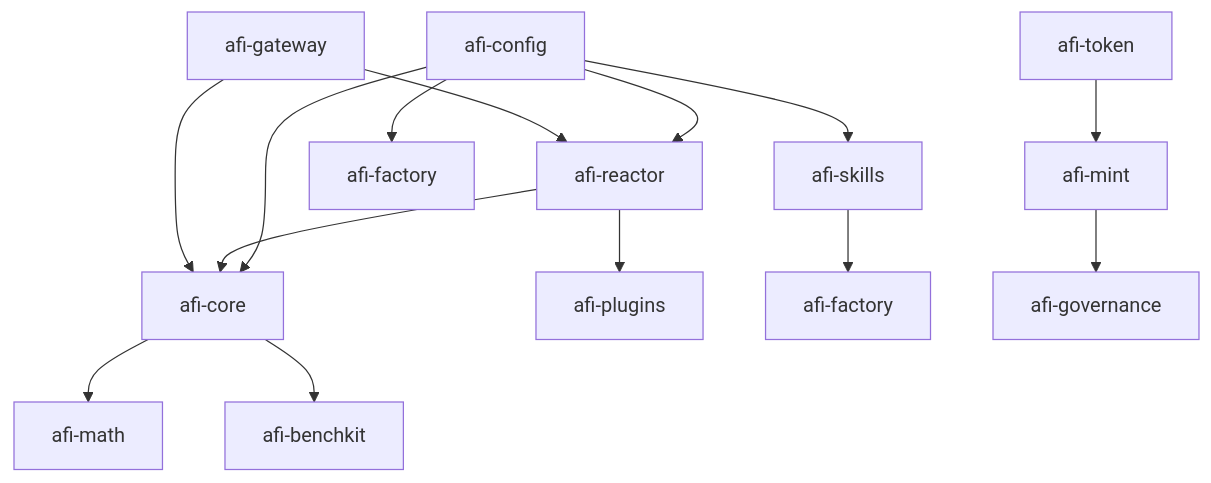
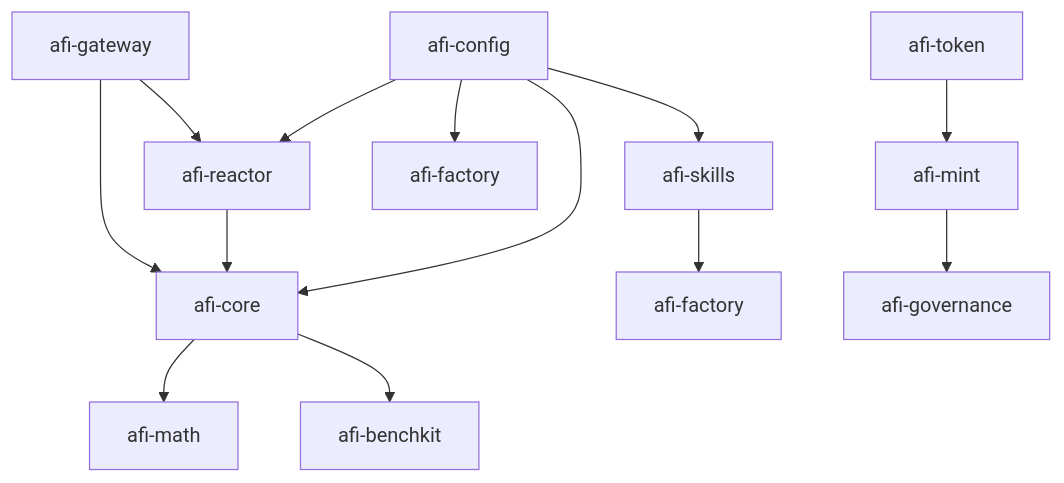
Before and after one commit to AFI-Protocol/afi-docs: the first of 2 diagrams in agentic_legos_architecture_analysis.md, drawn with Mermaid. The commit also changed other lines of this file and 6 other files, not shown here.

First line of the commit message:
chore: remove afi-assets and afi-plugins references

````diff
--- a/agentic_legos_architecture_analysis.md
+++ b/agentic_legos_architecture_analysis.md
@@ -13,21 +13,20 @@
 ```mermaid
 graph TD
     A[afi-config] --> B[afi-core]
     A --> C[afi-reactor]
     A --> D[afi-skills]
     A --> E[afi-factory]
 
     B --> F[afi-math]
     B --> G[afi-benchkit]
 
     C --> B
-    C --> H[afi-plugins]
 
     D --> I[afi-factory]
 
     J[afi-gateway] --> C
     J --> B
 
     K[afi-token] --> L[afi-mint]
     L --> M[afi-governance]
 ```
````
